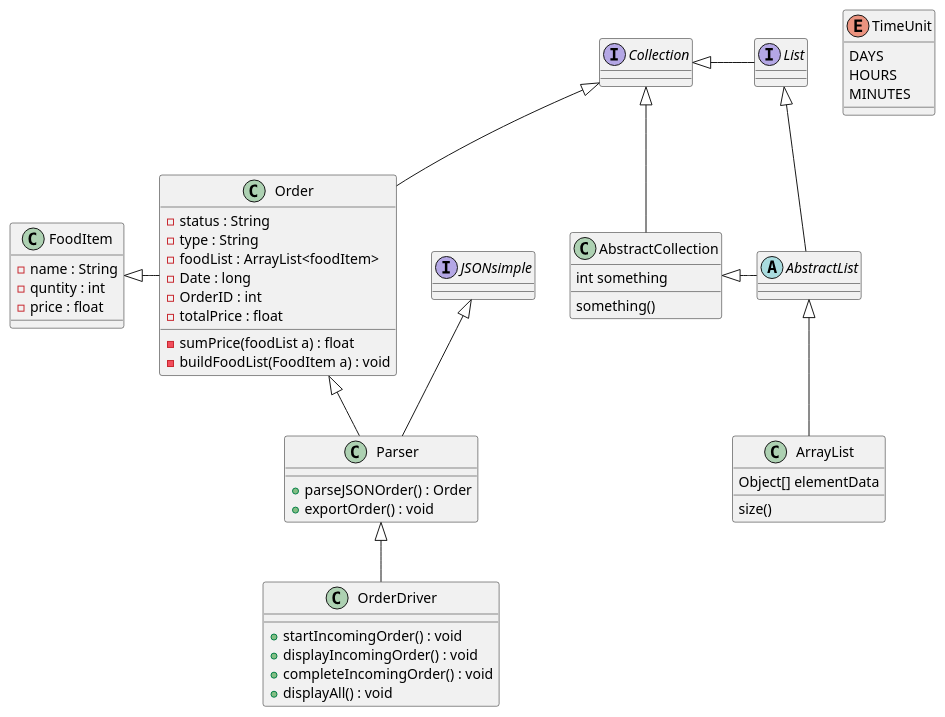
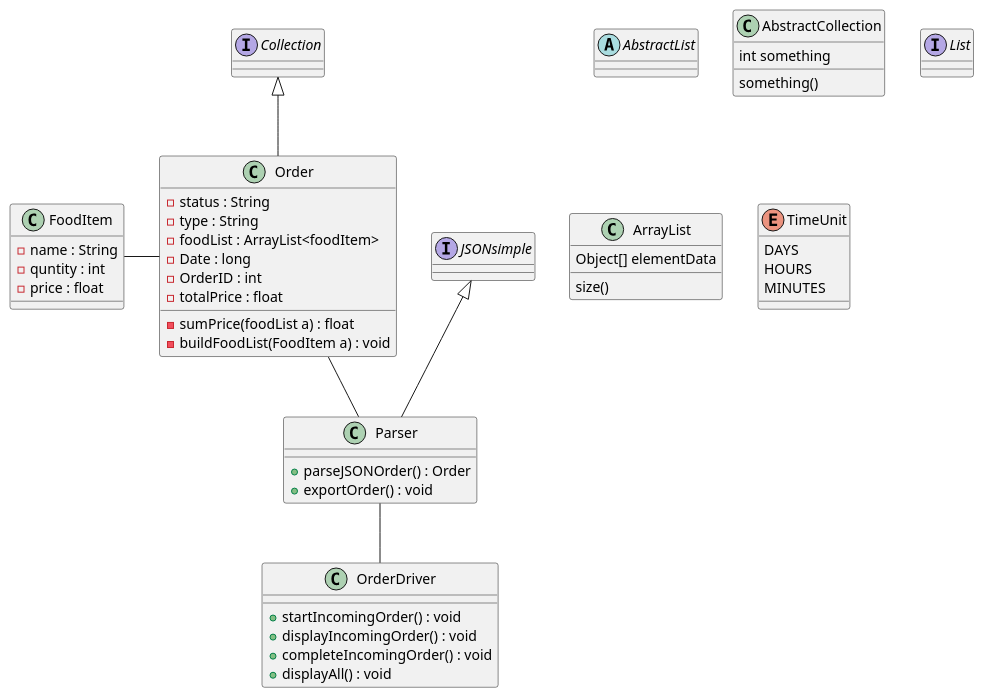
Before and after one commit to aidanmahl/372GroupProject: the diagram in ClassUMLDiagram.puml, drawn with PlantUML.

```diff
--- a/ClassUMLDiagram.puml
+++ b/ClassUMLDiagram.puml
@@ -1,75 +1,68 @@
 @startuml
 'https://plantuml.com/class-diagram
 
 abstract class AbstractList
 abstract AbstractCollection
 class Parser
 class FoodItem
 class Order
 class OrderDriver
 interface List
 interface Collection
 interface JSONsimple
 
 
 JSONsimple <|-- Parser
 Collection <|-- Order
-Order <|-- Parser
-FoodItem <|- Order
-Parser <|-- OrderDriver
-
-List <|-- AbstractList
-Collection <|-- AbstractCollection
-
-Collection <|- List
-AbstractCollection <|- AbstractList
-AbstractList <|-- ArrayList
+Order -- Parser
+FoodItem - Order
+Parser -- OrderDriver
 
 class ArrayList {
 Object[] elementData
 size()
 }
 
 enum TimeUnit {
 DAYS
 HOURS
 MINUTES
 }
 
 class AbstractCollection {
 int something
 something()
 }
 
 class FoodItem {
 - name : String
 - quntity : int
 - price : float
 }
 
 class Order {
 - status : String
 - type : String
 - foodList : ArrayList<foodItem>
 - Date : long
 - OrderID : int
 - totalPrice : float
 - sumPrice(foodList a) : float
 - buildFoodList(FoodItem a) : void
 }
 
 class Parser {
 + parseJSONOrder() : Order
 + exportOrder() : void
 }
 
 class OrderDriver {
 
 + startIncomingOrder() : void
 + displayIncomingOrder() : void
 + completeIncomingOrder() : void
 + displayAll() : void
 }
 
 
 @enduml
```
